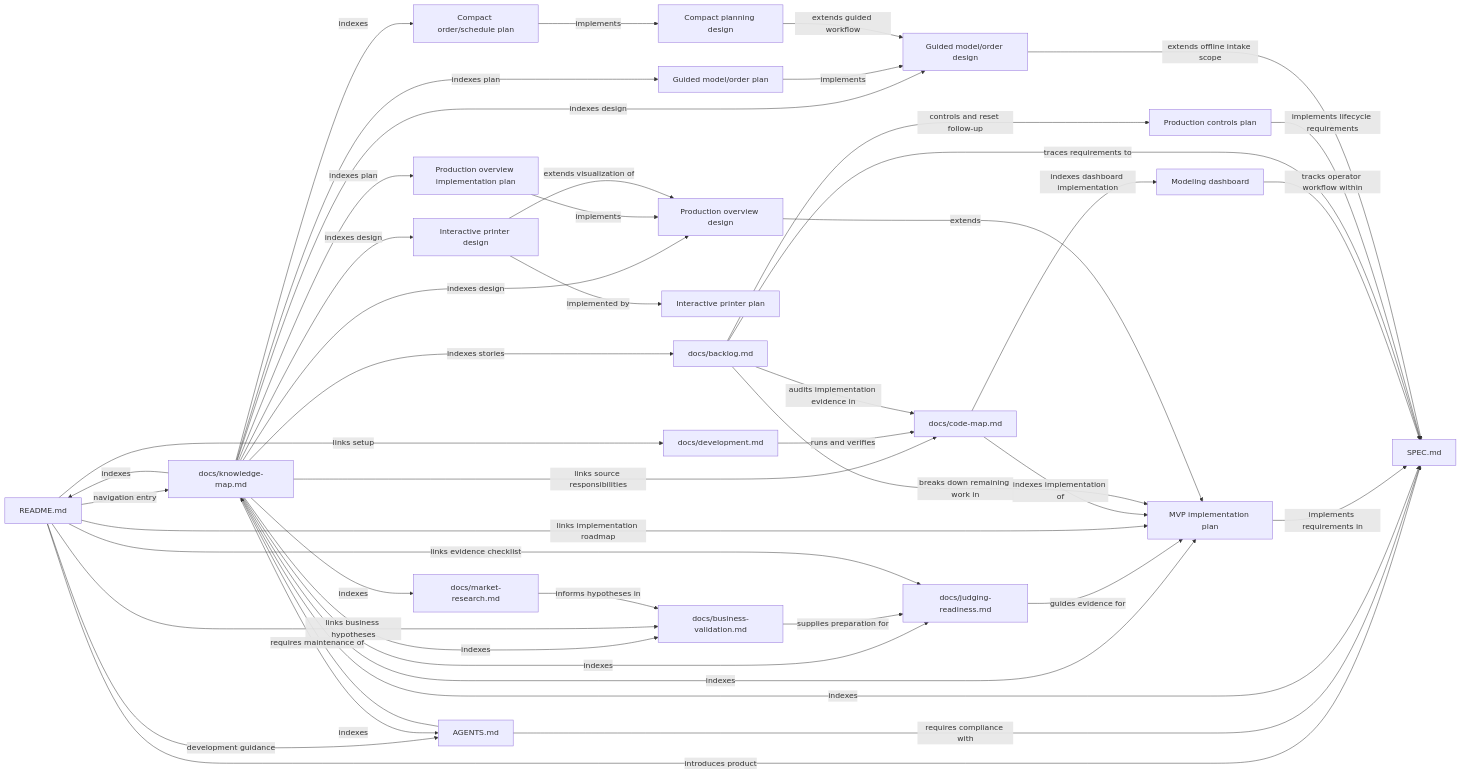
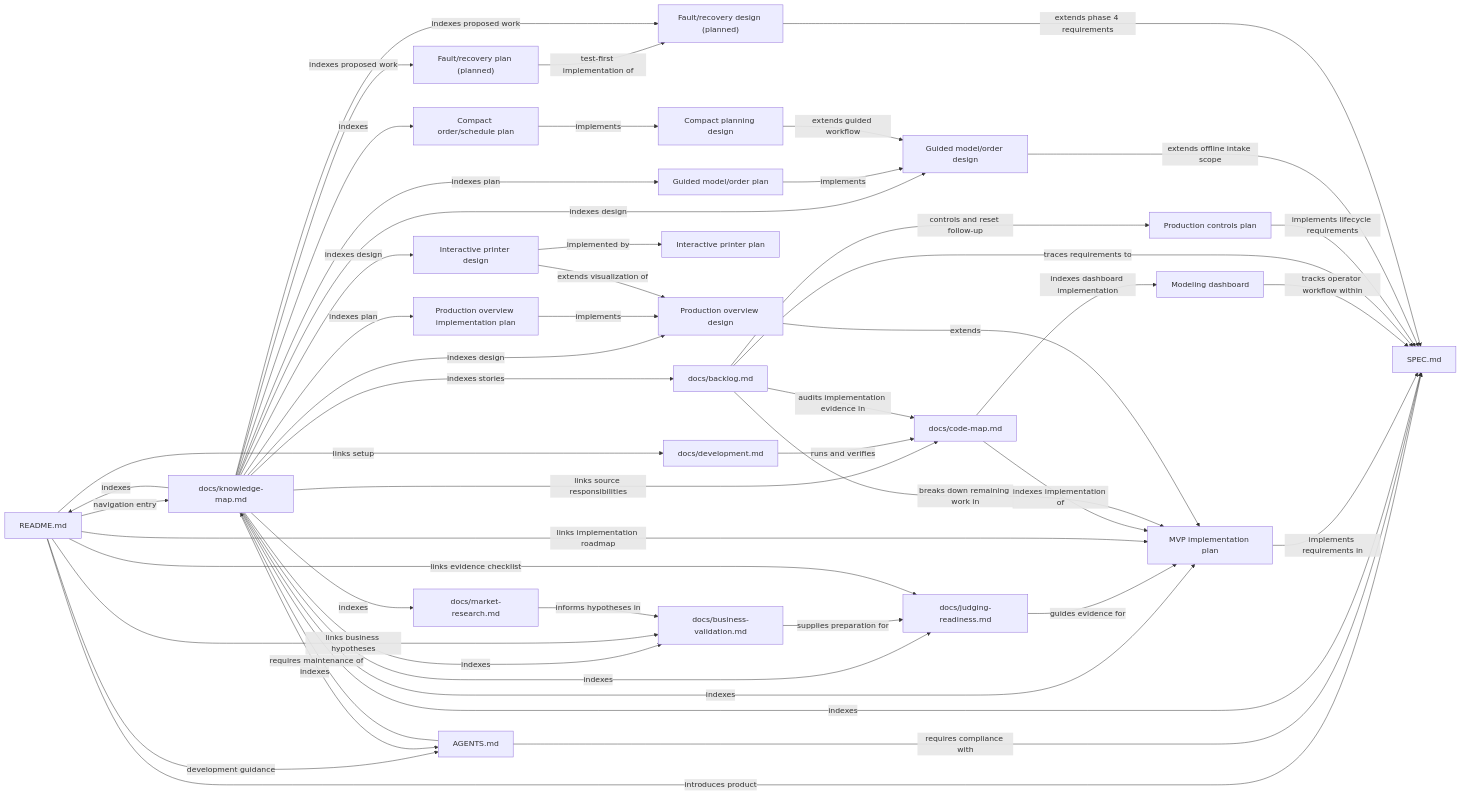
The diagram in docs/knowledge-map.md (DuztyMusketear/Print_Assist), drawn with Mermaid before and after one commit. The commit also changed other lines of this file and 3 other files, not shown here.

Commit message:
docs: plan deterministic fault recovery and schedule impact reporting

````diff
--- a/docs/knowledge-map.md
+++ b/docs/knowledge-map.md
@@ -11,48 +11,52 @@
 ```mermaid
 graph LR
     README["README.md"] -->|introduces product| SPEC["SPEC.md"]
     README -->|navigation entry| MAP["docs/knowledge-map.md"]
     README -->|development guidance| RULES["AGENTS.md"]
     RULES -->|requires compliance with| SPEC
     RULES -->|requires maintenance of| MAP
     MAP -->|indexes| README
     MAP -->|indexes| SPEC
     MAP -->|indexes| RULES
     PLAN["MVP implementation plan"] -->|implements requirements in| SPEC
     MAP -->|indexes| PLAN
     JUDGING["docs/judging-readiness.md"] -->|guides evidence for| PLAN
     MAP -->|indexes| JUDGING
     BUSINESS["docs/business-validation.md"] -->|supplies preparation for| JUDGING
     MAP -->|indexes| BUSINESS
     README -->|links implementation roadmap| PLAN
     README -->|links evidence checklist| JUDGING
     README -->|links business hypotheses| BUSINESS
     RESEARCH["docs/market-research.md"] -->|informs hypotheses in| BUSINESS
     MAP -->|indexes| RESEARCH
     CODE["docs/code-map.md"] -->|indexes implementation of| PLAN
     DASH["Modeling dashboard"] -->|tracks operator workflow within| SPEC
     CODE -->|indexes dashboard implementation| DASH
     MAP -->|links source responsibilities| CODE
     DEV["docs/development.md"] -->|runs and verifies| CODE
     README -->|links setup| DEV
     BACKLOG["docs/backlog.md"] -->|breaks down remaining work in| PLAN
     MAP -->|indexes stories| BACKLOG
     BACKLOG -->|traces requirements to| SPEC
     BACKLOG -->|audits implementation evidence in| CODE
     DESIGN["Production overview design"] -->|extends| PLAN
     MAP -->|indexes design| DESIGN
     OVERVIEWPLAN["Production overview implementation plan"] -->|implements| DESIGN
     MAP -->|indexes plan| OVERVIEWPLAN
     PRINTER3D["Interactive printer design"] -->|extends visualization of| DESIGN
     MAP -->|indexes design| PRINTER3D
     PRINTER3D -->|implemented by| VIEW3D["Interactive printer plan"]
     BACKLOG -->|controls and reset follow-up| CONTROLS["Production controls plan"]
     CONTROLS -->|implements lifecycle requirements| SPEC
     WORKFLOW["Guided model/order design"] -->|extends offline intake scope| SPEC
     MAP -->|indexes design| WORKFLOW
     GUIDEDPLAN["Guided model/order plan"] -->|implements| WORKFLOW
     MAP -->|indexes plan| GUIDEDPLAN
     COMPACTPLAN["Compact order/schedule plan"] -->|implements| COMPACTDESIGN["Compact planning design"]
     MAP -->|indexes| COMPACTPLAN
     COMPACTDESIGN -->|extends guided workflow| WORKFLOW
+    FAULTDESIGN["Fault/recovery design (planned)"] -->|extends phase 4 requirements| SPEC
+    FAULTPLAN["Fault/recovery plan (planned)"] -->|test-first implementation of| FAULTDESIGN
+    MAP -->|indexes proposed work| FAULTDESIGN
+    MAP -->|indexes proposed work| FAULTPLAN
 ```
````
